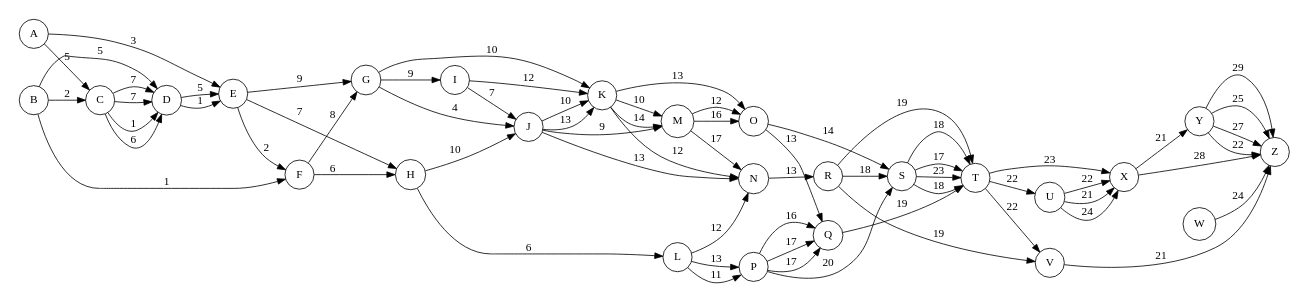
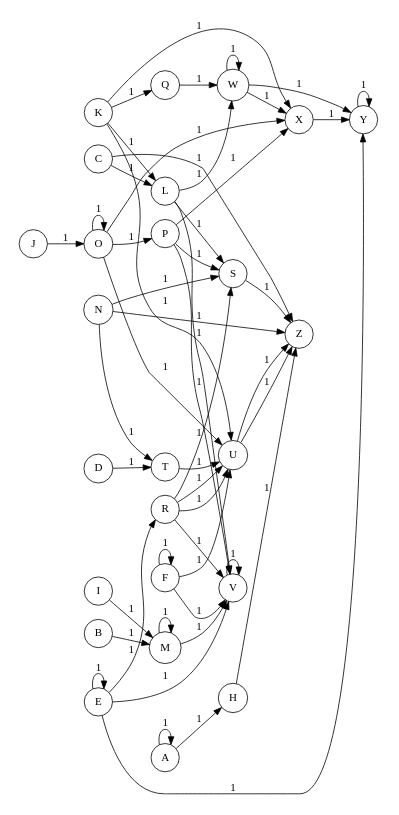
One commit to MRVNY/MOGPL changed the diagram in fsm.gv. Above: the diagram before and after it, drawn with Graphviz. The commit also changed 4 other files, not shown here.

Commit message:
ajout de méthode pour générer des graphe avec des parametres

```diff
--- a/fsm.gv
+++ b/fsm.gv
@@ -1,70 +1,54 @@
 digraph "G'" {
 	rankdir=LR size="8,5"
 	node [shape=circle]
-	A -> E [label=3]
-	A -> C [label=5]
-	B -> C [label=2]
-	B -> F [label=1]
-	B -> D [label=5]
-	C -> D [label=1]
-	C -> D [label=6]
-	C -> D [label=7]
-	C -> D [label=7]
-	D -> E [label=1]
-	D -> E [label=5]
-	E -> G [label=9]
-	E -> F [label=2]
-	E -> H [label=7]
-	F -> H [label=6]
-	F -> G [label=8]
-	G -> J [label=4]
-	G -> K [label=10]
-	G -> I [label=9]
-	H -> J [label=10]
-	H -> L [label=6]
-	I -> J [label=7]
-	I -> K [label=12]
-	J -> K [label=13]
-	J -> K [label=10]
-	J -> M [label=9]
-	J -> N [label=13]
-	K -> M [label=14]
-	K -> N [label=12]
-	K -> O [label=13]
-	K -> M [label=10]
-	L -> N [label=12]
-	L -> P [label=13]
-	L -> P [label=11]
-	M -> N [label=17]
-	M -> O [label=16]
-	M -> O [label=12]
-	N -> R [label=13]
-	O -> S [label=14]
-	O -> Q [label=13]
-	P -> Q [label=16]
-	P -> S [label=20]
-	P -> Q [label=17]
-	P -> Q [label=17]
-	Q -> T [label=19]
-	R -> S [label=18]
-	R -> T [label=19]
-	R -> V [label=19]
-	S -> T [label=23]
-	S -> T [label=18]
-	S -> T [label=18]
-	S -> T [label=17]
-	T -> V [label=22]
-	T -> U [label=22]
-	T -> X [label=23]
-	U -> X [label=21]
-	U -> X [label=24]
-	U -> X [label=22]
-	V -> Z [label=21]
-	W -> Z [label=24]
-	X -> Y [label=21]
-	X -> Z [label=28]
-	Y -> Z [label=22]
-	Y -> Z [label=29]
-	Y -> Z [label=25]
-	Y -> Z [label=27]
+	M -> M [label=1]
+	P -> X [label=1]
+	L -> W [label=1]
+	T -> U [label=1]
+	K -> Q [label=1]
+	E -> R [label=1]
+	X -> Y [label=1]
+	D -> T [label=1]
+	F -> U [label=1]
+	M -> V [label=1]
+	P -> V [label=1]
+	B -> M [label=1]
+	C -> L [label=1]
+	O -> P [label=1]
+	I -> M [label=1]
+	R -> S [label=1]
+	W -> X [label=1]
+	Y -> Y [label=1]
+	U -> Z [label=1]
+	Q -> W [label=1]
+	W -> Y [label=1]
+	E -> Y [label=1]
+	N -> T [label=1]
+	C -> Z [label=1]
+	N -> Z [label=1]
+	A -> H [label=1]
+	W -> W [label=1]
+	H -> Z [label=1]
+	K -> U [label=1]
+	F -> V [label=1]
+	N -> S [label=1]
+	F -> F [label=1]
+	A -> A [label=1]
+	O -> O [label=1]
+	L -> S [label=1]
+	K -> X [label=1]
+	V -> V [label=1]
+	R -> U [label=1]
+	O -> U [label=1]
+	K -> L [label=1]
+	P -> S [label=1]
+	E -> E [label=1]
+	S -> Z [label=1]
+	R -> U [label=1]
+	L -> V [label=1]
+	O -> X [label=1]
+	J -> O [label=1]
+	U -> Z [label=1]
+	E -> V [label=1]
+	R -> V [label=1]
 }
```
